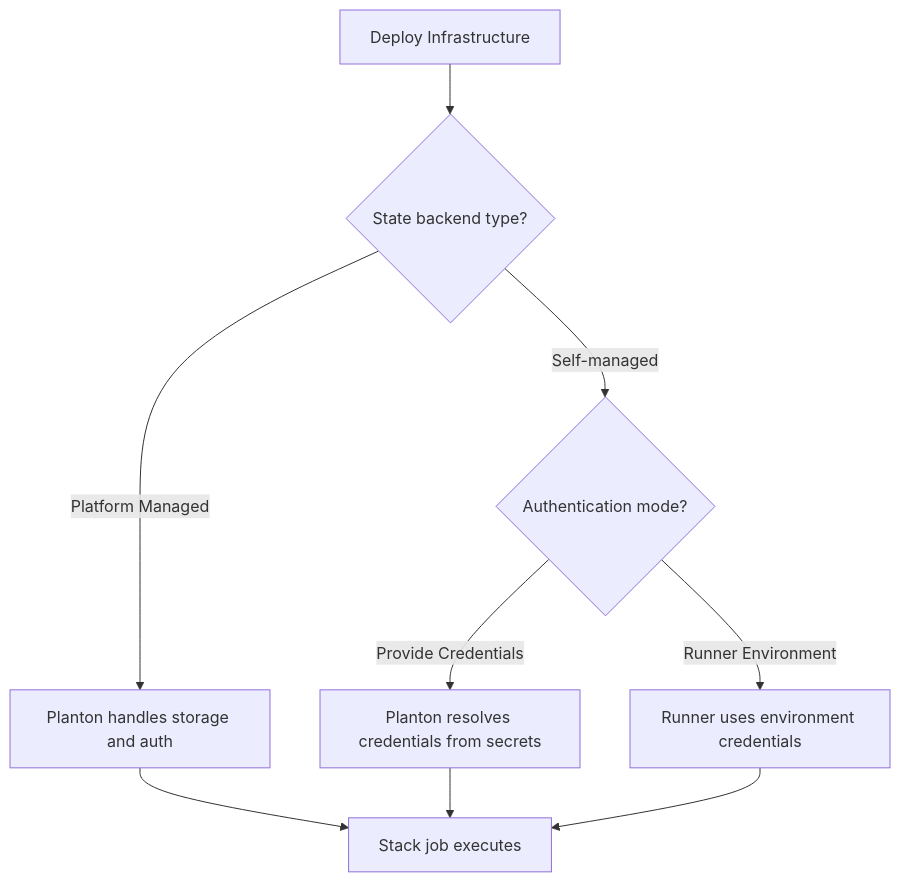
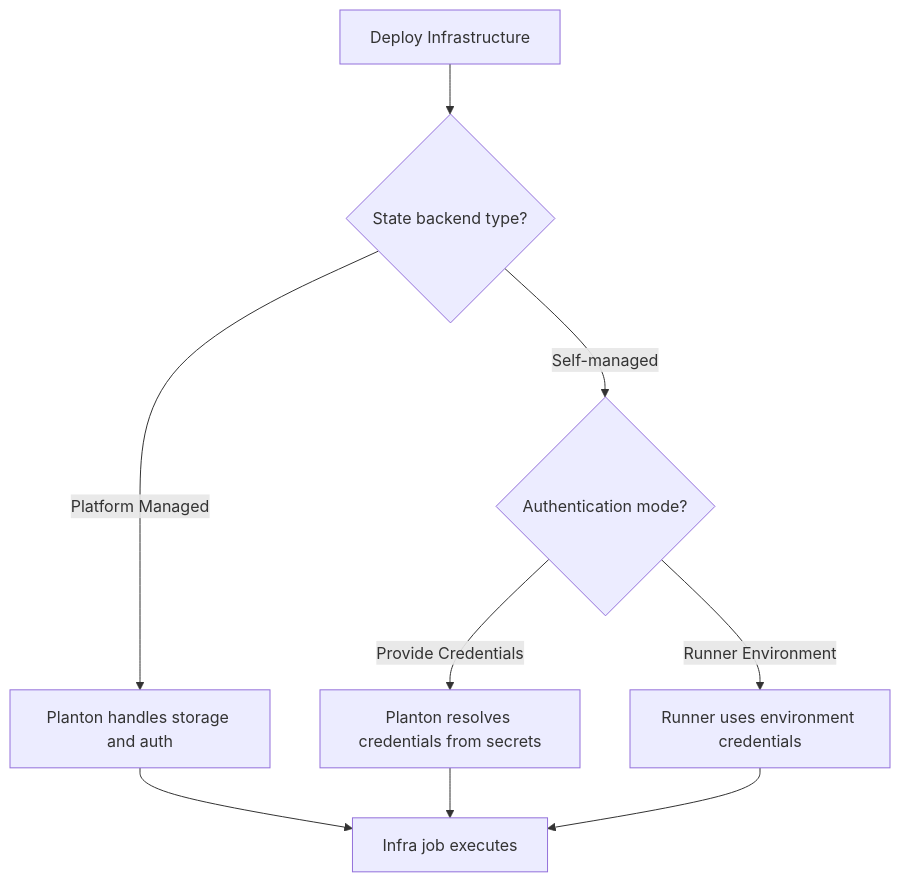
One commit to plantonhq/planton changed the diagram in site/public/docs/connections/state-backends.md. Above: the diagram before and after it, drawn with Mermaid. The commit also changed other lines of this file and 19058 other files, not shown here.

First line of the commit message:
refactor: one word per idea across the catalog -- catalog kinds and catalog objects, InfraComponent, InfraStack, InfraJob, IacInput and Outputs

````diff
--- a/site/public/docs/connections/state-backends.md
+++ b/site/public/docs/connections/state-backends.md
@@ -76,19 +76,19 @@
 ```mermaid
 flowchart TB
     Deploy["Deploy Infrastructure"]
     BackendType{"State backend type?"}
     PlatformManaged["Planton handles storage and auth"]
     AuthMode{"Authentication mode?"}
     InlineAuth["Planton resolves credentials from secrets"]
     RunnerAuth["Runner uses environment credentials"]
-    StackJob["Stack job executes"]
+    InfraJob["Infra job executes"]
 
     Deploy --> BackendType
     BackendType -->|"Platform Managed"| PlatformManaged
     BackendType -->|"Self-managed"| AuthMode
     AuthMode -->|"Provide Credentials"| InlineAuth
     AuthMode -->|"Runner Environment"| RunnerAuth
-    PlatformManaged --> StackJob
-    InlineAuth --> StackJob
-    RunnerAuth --> StackJob
+    PlatformManaged --> InfraJob
+    InlineAuth --> InfraJob
+    RunnerAuth --> InfraJob
 ```
````
